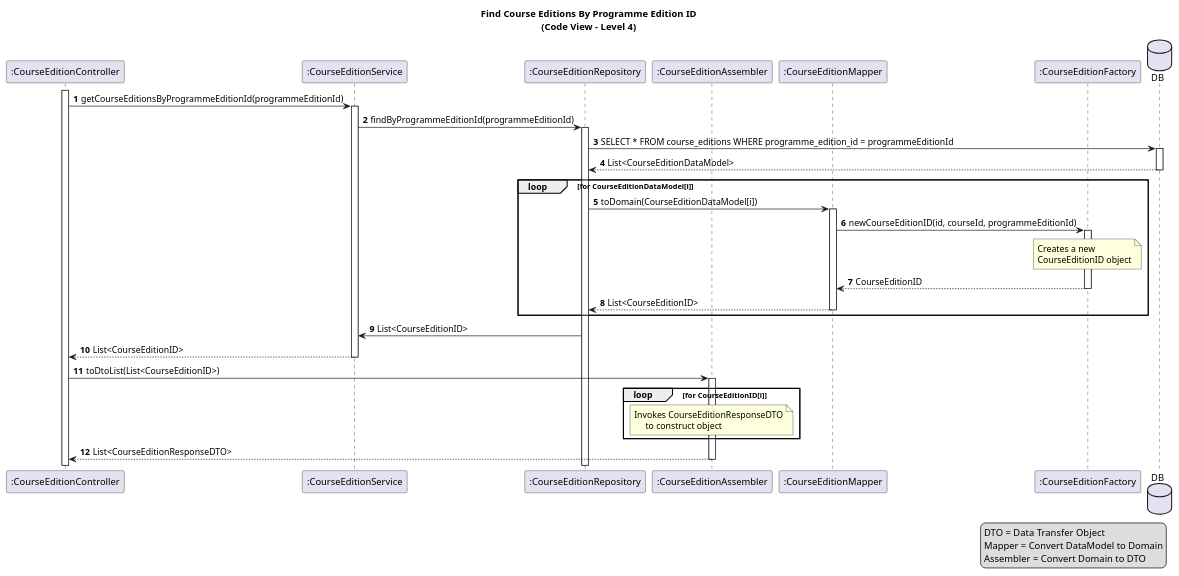
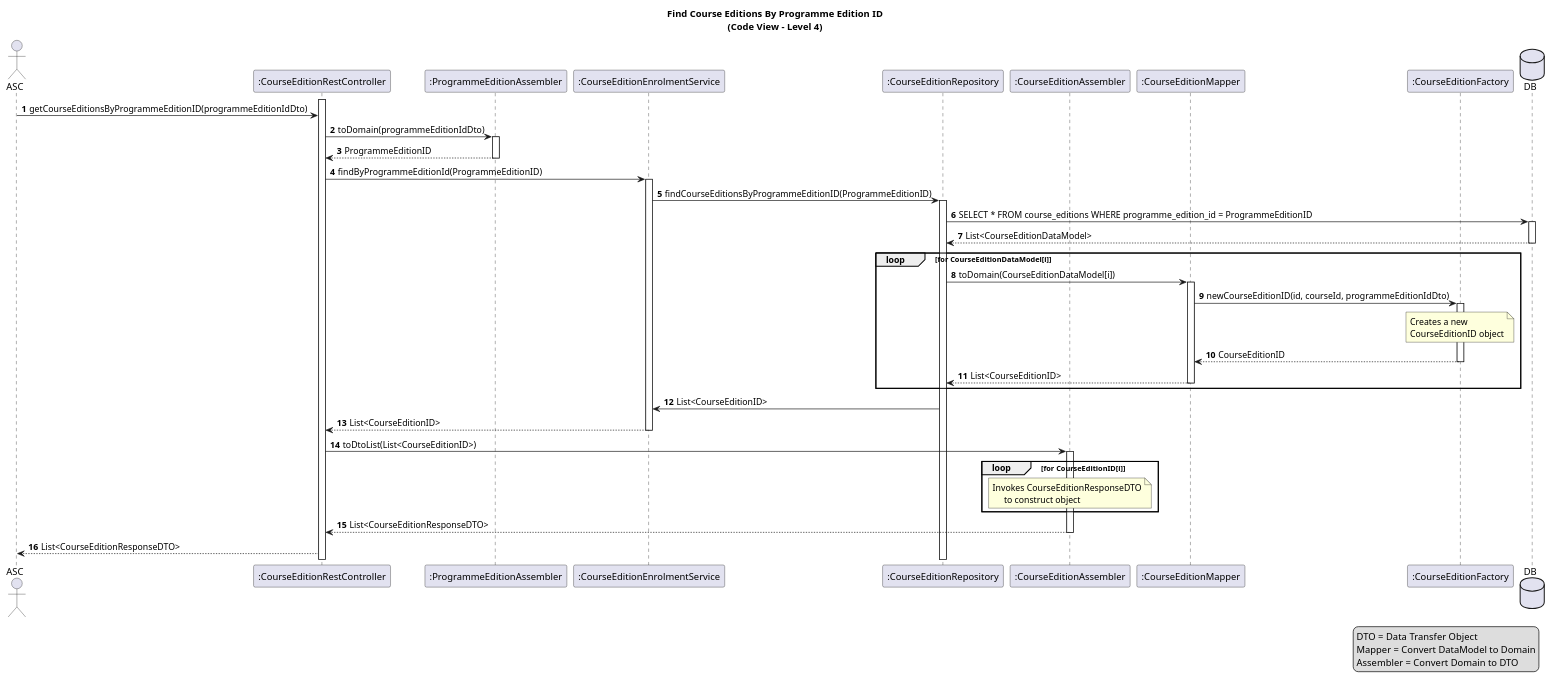
The diagram in docs/US16/sprint6_RestController/process_view/references/FindCourseEditionByProgrammeEditionId.puml (GasparISEP/DevOps-PAI), drawn with PlantUML before and after one commit.

Commit message:
docs(diagram): update UML diagram for FindCourseEditionByProgrammeEditionId process flow and interactions. refs #589 #500

```diff
--- a/docs/US16/sprint6_RestController/process_view/references/FindCourseEditionByProgrammeEditionId.puml
+++ b/docs/US16/sprint6_RestController/process_view/references/FindCourseEditionByProgrammeEditionId.puml
@@ -1,49 +1,56 @@
 @startuml
 title: Find Course Editions By Programme Edition ID\n(Code View - Level 4)
 
 autonumber
 
-participant ":CourseEditionController" as ceCtrl
+actor "ASC" as asc
+participant ":CourseEditionRestController" as ceCtrl
 activate ceCtrl
-participant ":CourseEditionService" as ceService
+participant ":ProgrammeEditionAssembler" as peAssembler
+participant ":CourseEditionEnrolmentService" as ceService
 participant ":CourseEditionRepository" as ceRepo
 participant ":CourseEditionAssembler" as ceAssembler
 participant ":CourseEditionMapper" as ceMapper
 participant ":CourseEditionFactory" as ceFactory
 database DB
 
-ceCtrl -> ceService ++: getCourseEditionsByProgrammeEditionId(programmeEditionId)
-ceService -> ceRepo ++: findByProgrammeEditionId(programmeEditionId)
-ceRepo -> DB ++: SELECT * FROM course_editions WHERE programme_edition_id = programmeEditionId
+asc -> ceCtrl: getCourseEditionsByProgrammeEditionID(programmeEditionIdDto)
+ceCtrl -> peAssembler ++: toDomain(programmeEditionIdDto)
+peAssembler --> ceCtrl --: ProgrammeEditionID
+
+ceCtrl -> ceService ++: findByProgrammeEditionId(ProgrammeEditionID)
+ceService -> ceRepo ++: findCourseEditionsByProgrammeEditionID(ProgrammeEditionID)
+ceRepo -> DB ++: SELECT * FROM course_editions WHERE programme_edition_id = ProgrammeEditionID
 DB --> ceRepo --: List<CourseEditionDataModel>
 
 loop for CourseEditionDataModel[i]
 ceRepo -> ceMapper ++: toDomain(CourseEditionDataModel[i])
-ceMapper -> ceFactory ++: newCourseEditionID(id, courseId, programmeEditionId)
+ceMapper -> ceFactory ++: newCourseEditionID(id, courseId, programmeEditionIdDto)
 note over of ceFactory
     Creates a new
     CourseEditionID object
 end note
 ceFactory --> ceMapper --: CourseEditionID
 ceMapper --> ceRepo --: List<CourseEditionID>
 end
 
 ceRepo -> ceService: List<CourseEditionID>
 ceService --> ceCtrl --: List<CourseEditionID>
 ceCtrl -> ceAssembler ++: toDtoList(List<CourseEditionID>)
 
 loop for CourseEditionID[i]
     note over of ceAssembler
         Invokes CourseEditionResponseDTO
              to construct object
     end note
 end
 ceAssembler --> ceCtrl --: List<CourseEditionResponseDTO>
+ceCtrl --> asc: List<CourseEditionResponseDTO>
 
 legend right
   DTO = Data Transfer Object
   Mapper = Convert DataModel to Domain
   Assembler = Convert Domain to DTO
 end legend
 
 @enduml 
```
